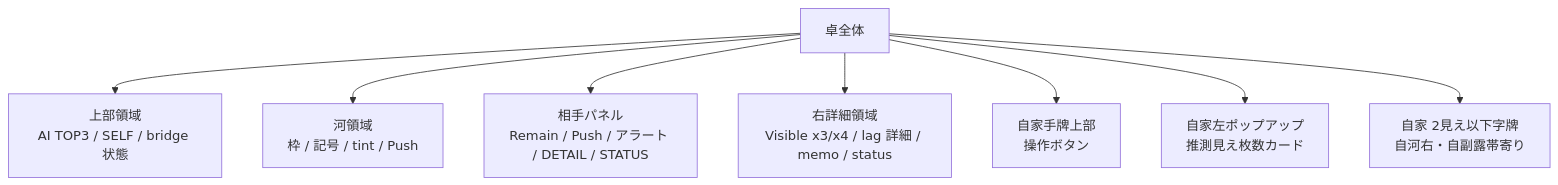
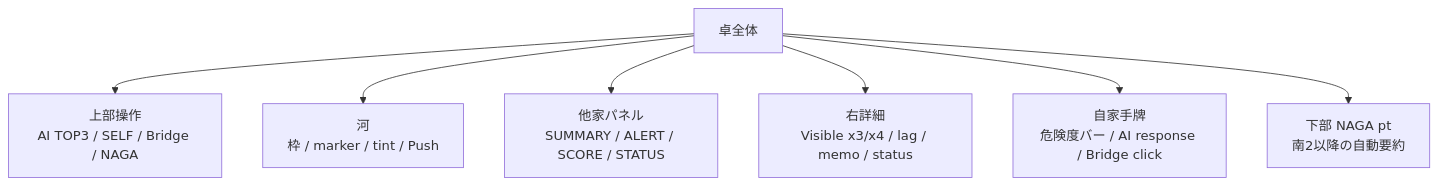
One commit to poly-tail/mahjong-reasoning-lab changed the diagram in docs/screen_specs/display_overview.md. Above: the diagram before and after it, drawn with Mermaid. The commit also changed other lines of this file and 81 other files, not shown here.

````diff
--- a/docs/screen_specs/display_overview.md
+++ b/docs/screen_specs/display_overview.md
@@ -9,10 +7,9 @@
 ```mermaid
 flowchart TB
-    BOARD["卓全体"] --> TOP["上部領域<br/>AI TOP3 / SELF / bridge 状態"]
-    BOARD --> RIVER["河領域<br/>枠 / 記号 / tint / Push"]
-    BOARD --> PANELS["相手パネル<br/>Remain / Push / アラート / DETAIL / STATUS"]
-    BOARD --> DETAIL["右詳細領域<br/>Visible x3/x4 / lag 詳細 / memo / status"]
-    BOARD --> ACTIONS["自家手牌上部<br/>操作ボタン"]
-    BOARD --> POPUP["自家左ポップアップ<br/>推測見え枚数カード"]
-    BOARD --> SHORTLIST["自家 2見え以下字牌<br/>自河右・自副露帯寄り"]
+    BOARD["卓全体"] --> TOP["上部操作<br/>AI TOP3 / SELF / Bridge / NAGA"]
+    BOARD --> RIVER["河<br/>枠 / marker / tint / Push"]
+    BOARD --> PANELS["他家パネル<br/>SUMMARY / ALERT / SCORE / STATUS"]
+    BOARD --> DETAIL["右詳細<br/>Visible x3/x4 / lag / memo / status"]
+    BOARD --> HAND["自家手牌<br/>危険度バー / AI response / Bridge click"]
+    BOARD --> NAGA["下部 NAGA pt<br/>南2以降の自動要約"]
 ```
````
